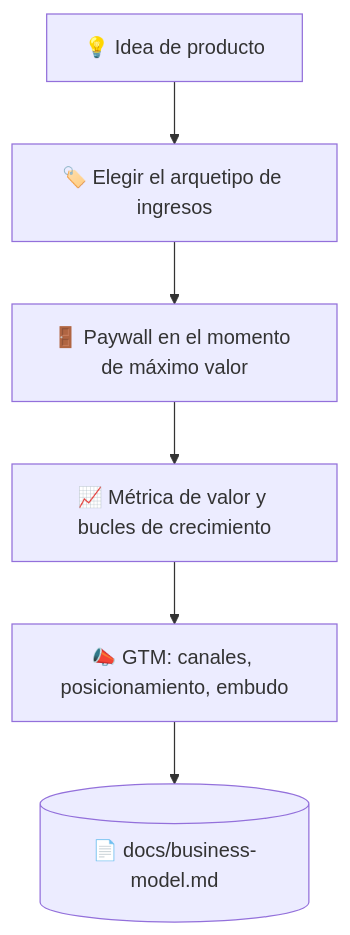
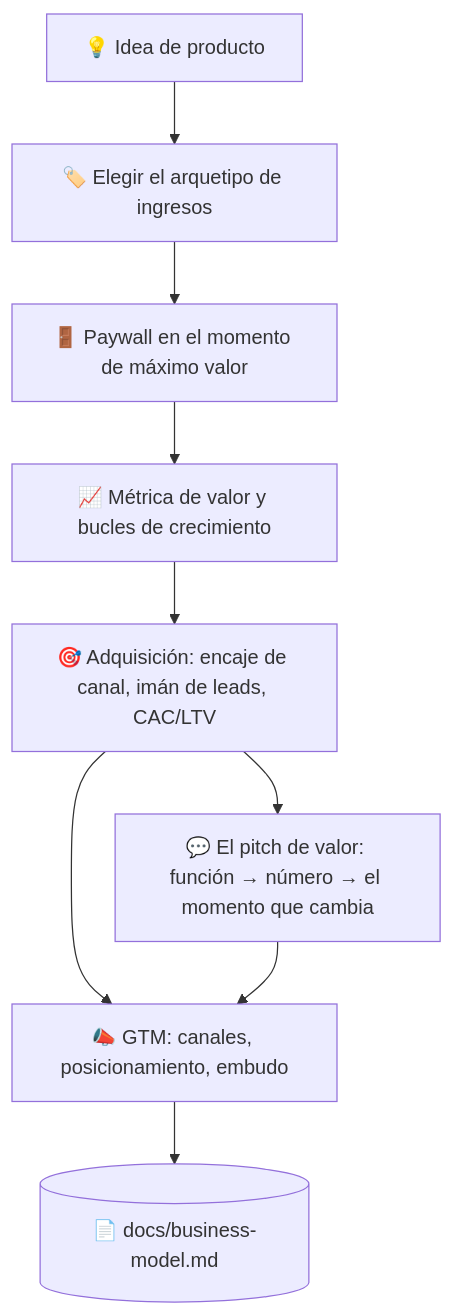
The diagram in skills/superforge-biz/README.es.md (takaoumehara/superforge-skill), drawn with Mermaid before and after one commit. The commit also changed other lines of this file and 15 other files, not shown here.

````diff
--- a/skills/superforge-biz/README.es.md
+++ b/skills/superforge-biz/README.es.md
@@ -23,8 +23,11 @@
 ```mermaid
 flowchart TD
     I[💡 Idea de producto] --> A[🏷️ Elegir el arquetipo de ingresos]
     A --> B[🚪 Paywall en el momento de máximo valor]
     B --> C[📈 Métrica de valor y bucles de crecimiento]
-    C --> D[📣 GTM: canales, posicionamiento, embudo]
-    D --> E[(📄 docs/business-model.md)]
+    C --> D[🎯 Adquisición: encaje de canal, imán de leads, CAC/LTV]
+    D --> P[💬 El pitch de valor: función → número → el momento que cambia]
+    D --> E2[📣 GTM: canales, posicionamiento, embudo]
+    P --> E2
+    E2 --> E[(📄 docs/business-model.md)]
 ```
````
